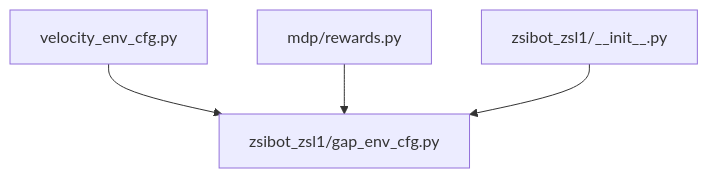
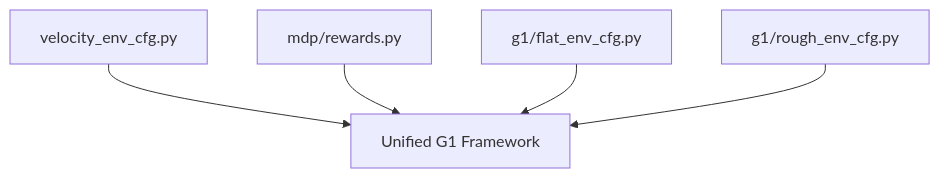
The sixth of 6 diagrams in .qoder/repowiki/en/content/Task Configuration Framework/Velocity-Based Locomotion Tasks/Gap Traversal Capabilities.md (jayjayhust/robot_lab), drawn with Mermaid before and after one commit. The commit also changed other lines of this file and 14 other files, not shown here.

````diff
--- a/.qoder/repowiki/en/content/Task Configuration Framework/Velocity-Based Locomotion Tasks/Gap Traversal Capabilities.md
+++ b/.qoder/repowiki/en/content/Task Configuration Framework/Velocity-Based Locomotion Tasks/Gap Traversal Capabilities.md
@@ -220,10 +235,12 @@
 ```mermaid
 graph TB
 VE_CFG["velocity_env_cfg.py"]
 MDP_REWARDS["mdp/rewards.py"]
-ZS_GAP_CFG["zsibot_zsl1/gap_env_cfg.py"]
-ZS_INIT["zsibot_zsl1/__init__.py"]
-VE_CFG --> ZS_GAP_CFG
-MDP_REWARDS --> ZS_GAP_CFG
-ZS_INIT --> ZS_GAP_CFG
+G1_FLAT["g1/flat_env_cfg.py"]
+G1_ROUGH["g1/rough_env_cfg.py"]
+G1_ENVIRONMENTS["Unified G1 Framework"]
+VE_CFG --> G1_ENVIRONMENTS
+MDP_REWARDS --> G1_ENVIRONMENTS
+G1_FLAT --> G1_ENVIRONMENTS
+G1_ROUGH --> G1_ENVIRONMENTS
 ```
````
